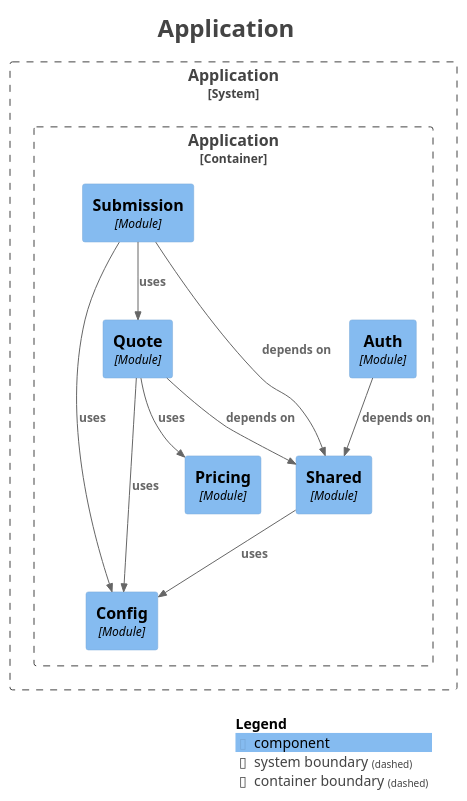
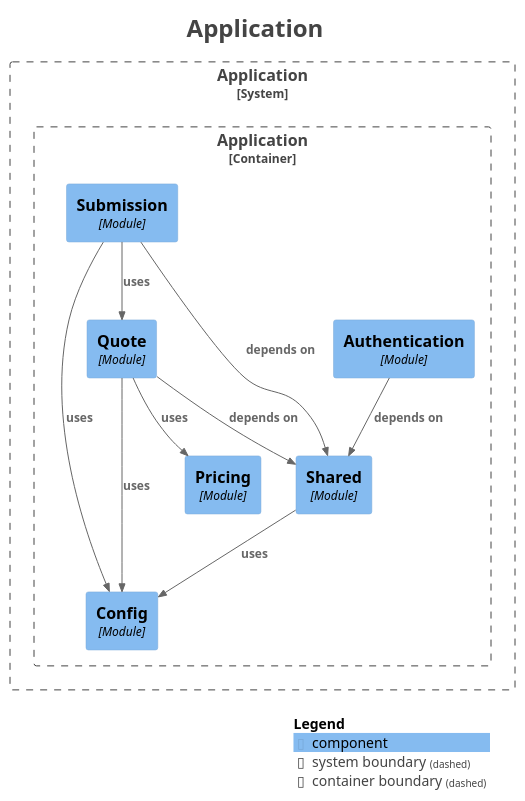
The diagram in docs/architecture/modules/components.puml (migangdelzar/insurance-quotes-service), drawn with PlantUML before and after one commit. The commit also changed 86 other files, not shown here.

```diff
--- a/docs/architecture/modules/components.puml
+++ b/docs/architecture/modules/components.puml
@@ -1,41 +1,41 @@
 @startuml
 title <size:24>Application</size>
 
 set separator none
 top to bottom direction
 
 <style>
   root {
     BackgroundColor: #ffffff
     FontColor: #444444
   }
 </style>
 
 !include <C4/C4>
 !include <C4/C4_Context>
 !include <C4/C4_Component>
 
 System_Boundary("Application_boundary", "Application", $tags="") {
   Container_Boundary("Application.Application_boundary", "Application", $tags="") {
     Component(Application.Application.Config, "Config", $techn="Module", $descr="", $tags="", $link="")
     Component(Application.Application.Pricing, "Pricing", $techn="Module", $descr="", $tags="", $link="")
     Component(Application.Application.Shared, "Shared", $techn="Module", $descr="", $tags="", $link="")
-    Component(Application.Application.Auth, "Auth", $techn="Module", $descr="", $tags="", $link="")
+    Component(Application.Application.Authentication, "Authentication", $techn="Module", $descr="", $tags="", $link="")
     Component(Application.Application.Quote, "Quote", $techn="Module", $descr="", $tags="", $link="")
     Component(Application.Application.Submission, "Submission", $techn="Module", $descr="", $tags="", $link="")
   }
 
 }
 
 Rel(Application.Application.Shared, Application.Application.Config, "uses", $techn="", $tags="", $link="")
 Rel(Application.Application.Quote, Application.Application.Shared, "depends on", $techn="", $tags="", $link="")
 Rel(Application.Application.Quote, Application.Application.Config, "uses", $techn="", $tags="", $link="")
 Rel(Application.Application.Quote, Application.Application.Pricing, "uses", $techn="", $tags="", $link="")
 Rel(Application.Application.Submission, Application.Application.Shared, "depends on", $techn="", $tags="", $link="")
 Rel(Application.Application.Submission, Application.Application.Quote, "uses", $techn="", $tags="", $link="")
 Rel(Application.Application.Submission, Application.Application.Config, "uses", $techn="", $tags="", $link="")
-Rel(Application.Application.Auth, Application.Application.Shared, "depends on", $techn="", $tags="", $link="")
+Rel(Application.Application.Authentication, Application.Application.Shared, "depends on", $techn="", $tags="", $link="")
 
 SHOW_LEGEND(true)
 hide stereotypes
 @enduml
```
